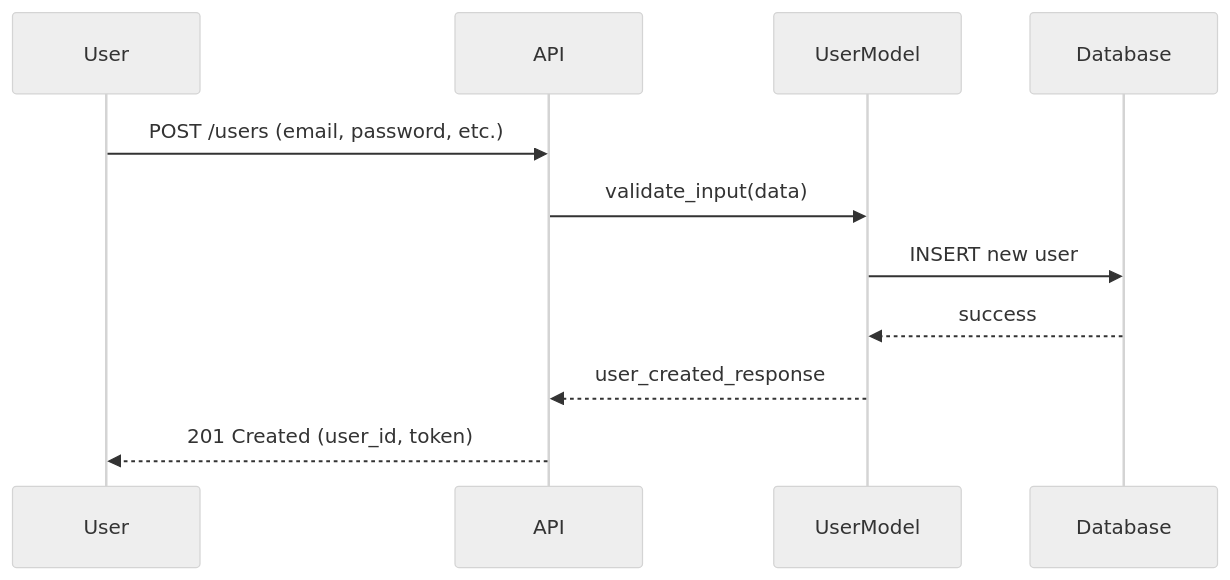
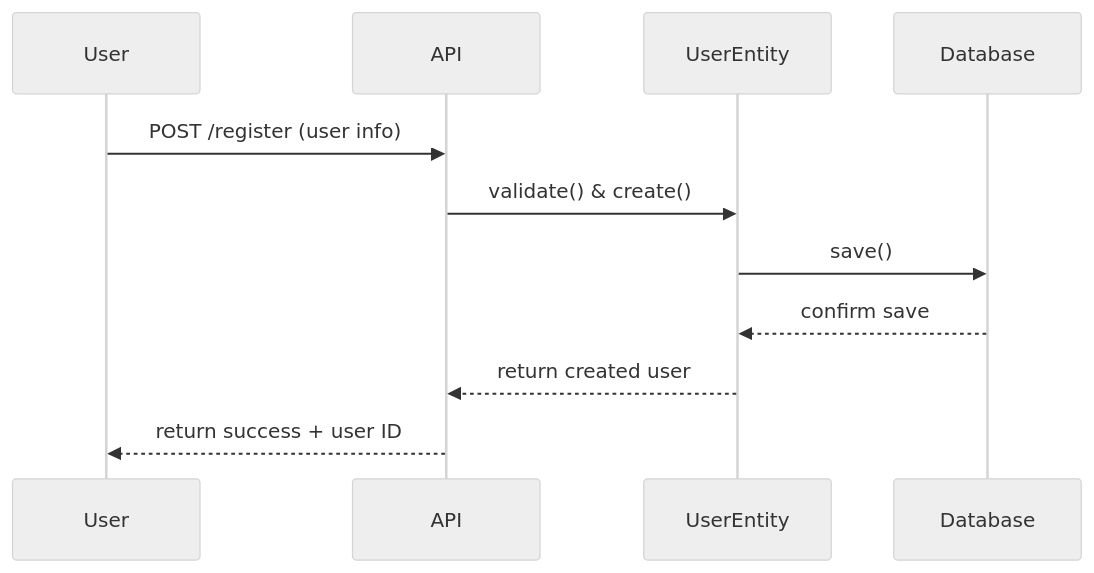
Before and after one commit to loicleguen/holbertonschool-hbnb: the first of 4 diagrams in part1/2. Sequence Diagrams for API Calls.md, drawn with Mermaid (neutral theme). The commit also changed other lines of this file, not shown here.

Commit message:
refactor: update sequence diagrams for API calls to improve clarity and consistency

````diff
--- a/part1/2. Sequence Diagrams for API Calls.md
+++ b/part1/2. Sequence Diagrams for API Calls.md
@@ -10,14 +10,15 @@
 ```mermaid
 sequenceDiagram
-    participant User
-    participant API
-    participant BusinessLogic as UserModel
-    participant Database
+participant User
+participant API
+participant UserEntity
+participant Database
 
-    User->>API: POST /users (email, password, etc.)
-    API->>BusinessLogic: validate_input(data)
-    BusinessLogic->>Database: INSERT new user
-    Database-->>BusinessLogic: success
-    BusinessLogic-->>API: user_created_response
-    API-->>User: 201 Created (user_id, token)
+User->>API: POST /register (user info)
+API->>UserEntity: validate() & create()
+UserEntity->>Database: save()
+Database-->>UserEntity: confirm save
+UserEntity-->>API: return created user
+API-->>User: return success + user ID
+
 ```
````
